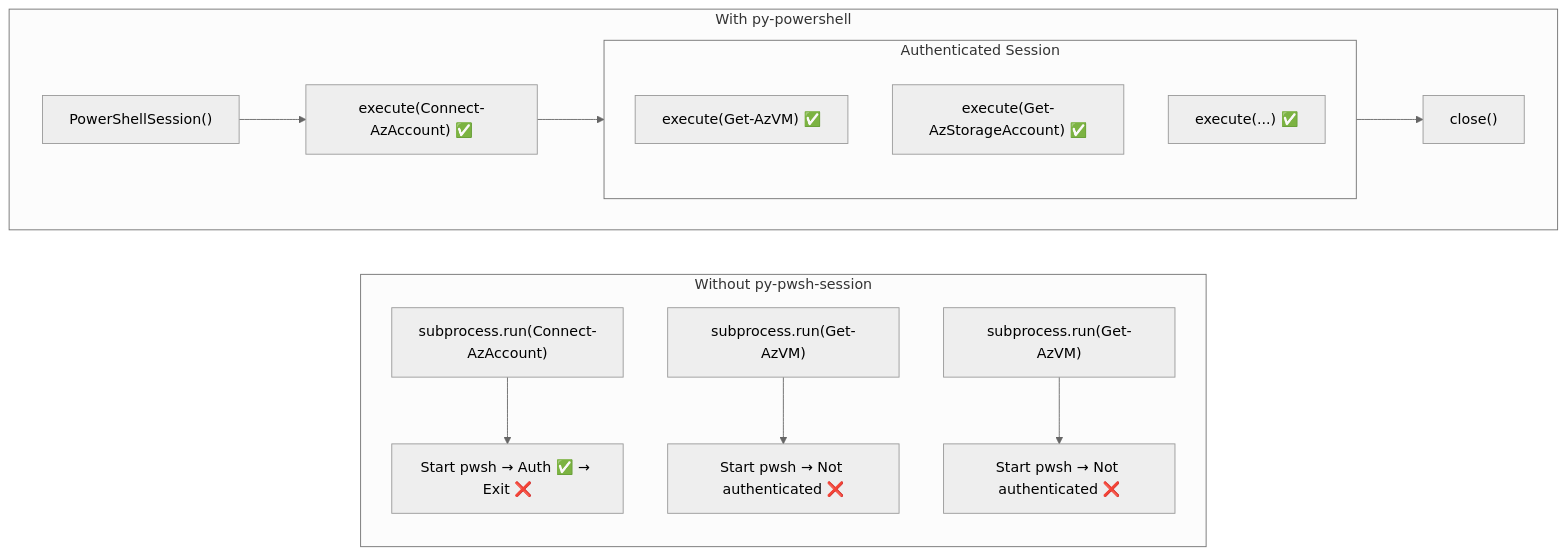
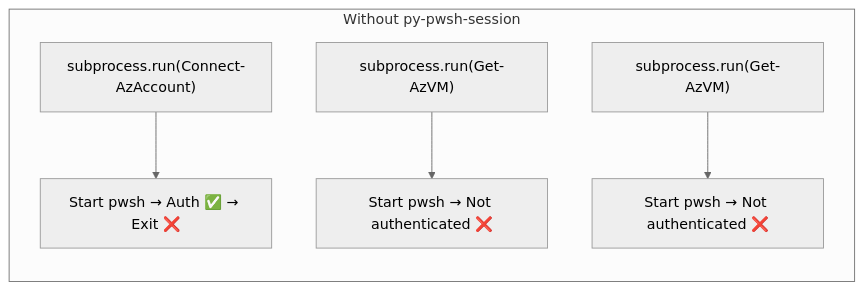
One commit to prowler-cloud/py-pwsh-session changed the third of 4 diagrams in README.md. Above: the diagram before and after it, drawn with Mermaid (neutral theme).

Commit message:
docs: reorder session diagrams to follow problem-solution narrative (#38)

````diff
--- a/README.md
+++ b/README.md
@@ -88,21 +86,9 @@
 ```mermaid
 flowchart LR
     subgraph without["Without py-pwsh-session"]
         direction TB
         A1["subprocess.run(Connect-AzAccount)"] --> A2["Start pwsh → Auth ✅ → Exit ❌"]
         A3["subprocess.run(Get-AzVM)"] --> A4["Start pwsh → Not authenticated ❌"]
         A5["subprocess.run(Get-AzVM)"] --> A6["Start pwsh → Not authenticated ❌"]
     end
-
-    subgraph with["With py-powershell"]
-        direction LR
-        B1["PowerShellSession()"] --> B2["execute(Connect-AzAccount) ✅"]
-        subgraph session["Authenticated Session"]
-            B3["execute(Get-AzVM) ✅"]
-            B4["execute(Get-AzStorageAccount) ✅"]
-            B5["execute(...) ✅"]
-        end
-        B2 --> session
-        session --> B6["close()"]
-    end
 ```
````
